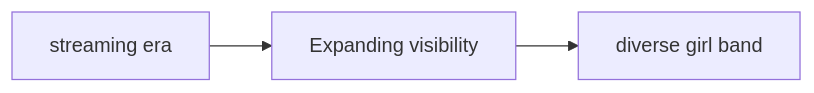
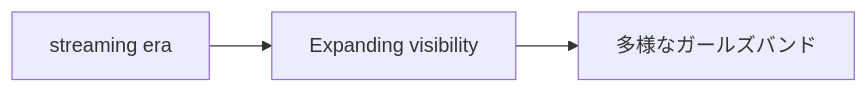
The third of 3 diagrams in en/_posts/2026-01-31-column-girls-band-history.md (monumental-movement/monumental-movement.github.io), drawn with Mermaid before and after one commit. The commit also changed other lines of this file and 2196 other files, not shown here.

```diff
--- a/en/_posts/2026-01-31-column-girls-band-history.md
+++ b/en/_posts/2026-01-31-column-girls-band-history.md
@@ -114,5 +114,5 @@
 <div class="mermaid">
 flowchart LR
 A[streaming era] --> B[Expanding visibility]
-B --> C[diverse girl band]
+B --> C[多様なガールズバンド]
 </div>
```
